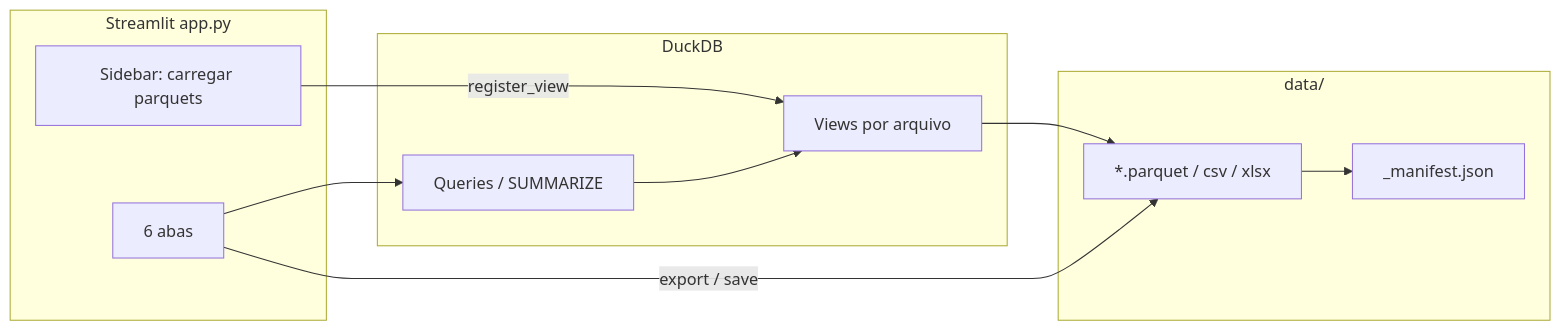
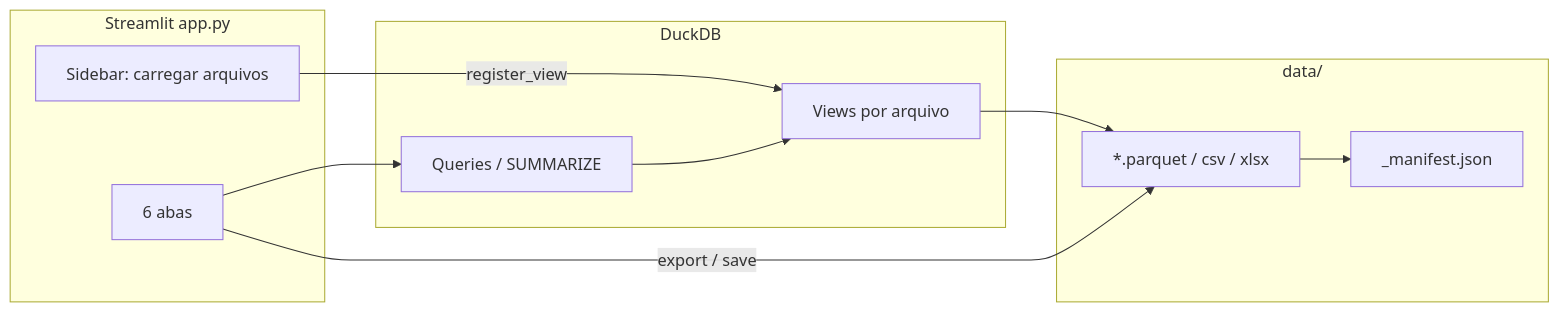
Before and after one commit to GuilhermeRoesler/ParquetQuery: the diagram in LIVING_SPEC.md, drawn with Mermaid. The commit also changed other lines of this file and 1 other file, not shown here.

````diff
--- a/LIVING_SPEC.md
+++ b/LIVING_SPEC.md
@@ -66,21 +66,21 @@
 ```mermaid
 flowchart LR
     subgraph UI [Streamlit app.py]
-        Sidebar[Sidebar: carregar parquets]
+        Sidebar[Sidebar: carregar arquivos]
         Tabs[6 abas]
     end
     subgraph Engine [DuckDB]
         Views[Views por arquivo]
         SQL[Queries / SUMMARIZE]
     end
     subgraph Storage [data/]
         Parquet[*.parquet / csv / xlsx]
         Manifest[_manifest.json]
     end
     Sidebar -->|register_view| Views
     Tabs --> SQL
     SQL --> Views
     Views --> Parquet
     Tabs -->|export / save| Parquet
     Parquet --> Manifest
 ```
````
